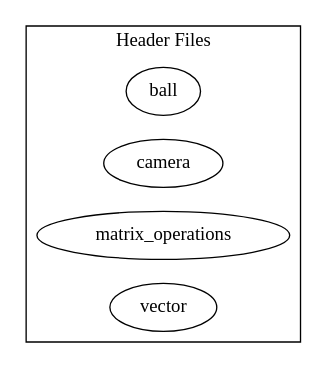
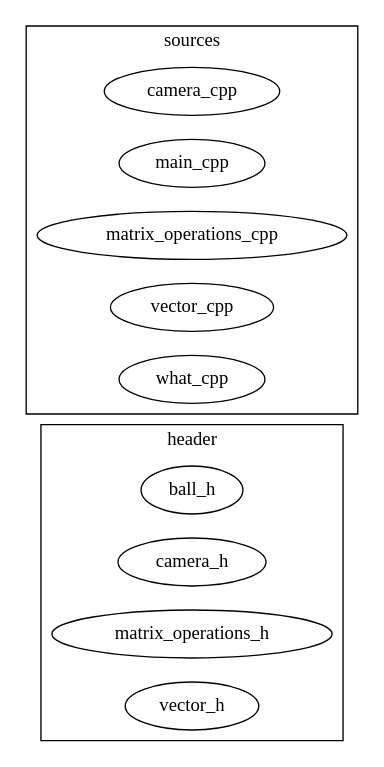
One commit to MatveyDidenko/CodeDependency changed the diagram in pipe.dot. Above: the diagram before and after it, drawn with Graphviz. The commit also changed 1 other file, not shown here.

Commit message:
cluster function + all source files

```diff
--- a/pipe.dot
+++ b/pipe.dot
@@ -1,9 +1,14 @@
 digraph {
 	rankdir=LR
 
-	subgraph cluster_0 {
-		label="Header Files";
-		ball; camera; matrix_operations; vector; 
+	subgraph cluster_header {
+		label="header";
+		ball_h; camera_h; matrix_operations_h; vector_h; 
+	}
+
+	subgraph cluster_sources {
+		label="sources";
+		camera_cpp; main_cpp; matrix_operations_cpp; vector_cpp; what_cpp; 
 	}
 
 }
```
